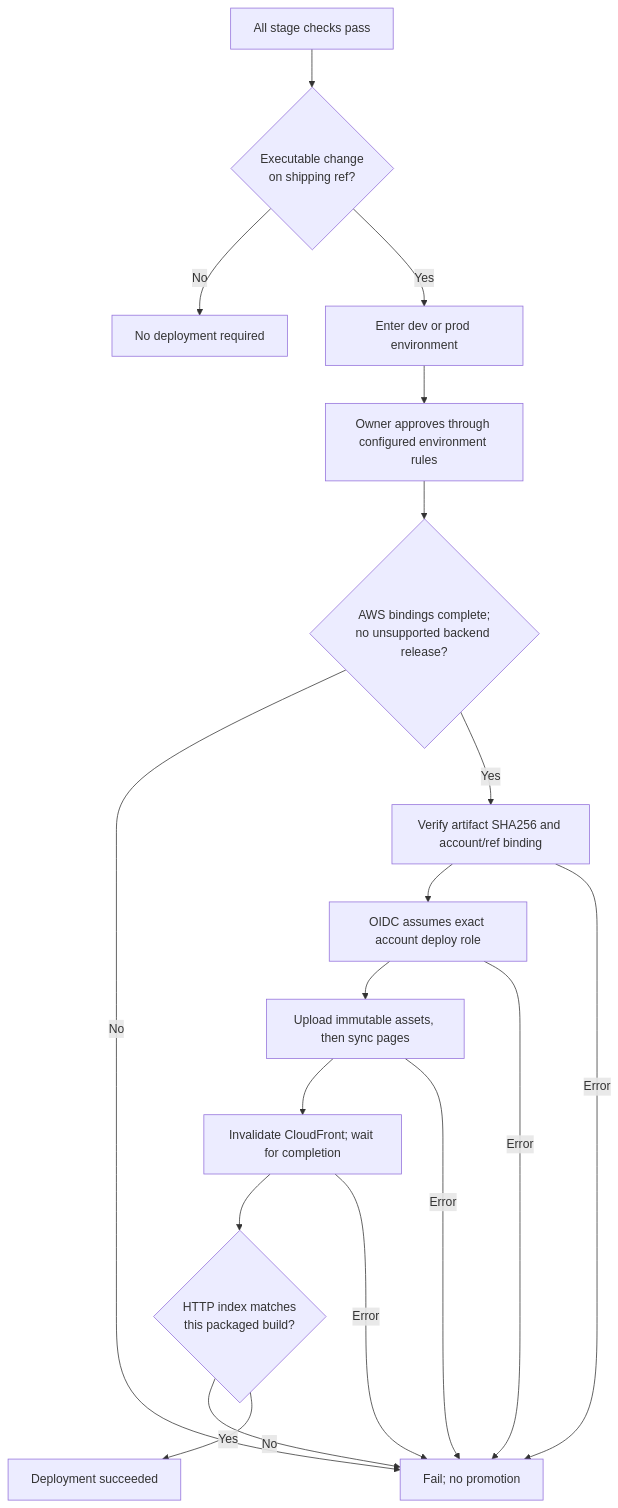
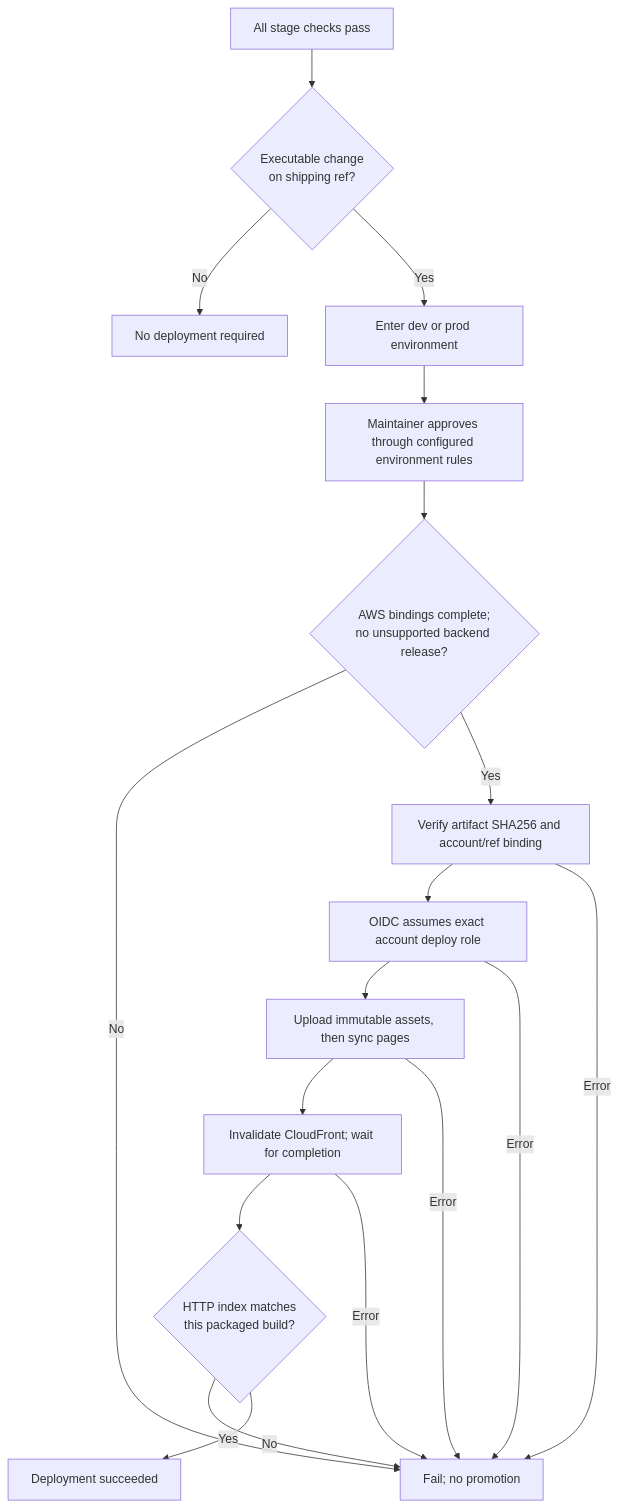
One commit to Yale-Undergraduate-Consulting-Group/club-res-website changed the fifth of 16 diagrams in docs/CI_CD.md. Above: the diagram before and after it, drawn with Mermaid. The commit also changed other lines of this file and 12 other files, not shown here.

Commit message:
Use maintainer role instead of a named owner for review

````diff
--- a/docs/CI_CD.md
+++ b/docs/CI_CD.md
@@ -188,20 +193,20 @@
 ```mermaid
 flowchart TD
   G["All stage checks pass"] --> C{"Executable change<br/>on shipping ref?"}
   C -->|No| N["No deployment required"]
   C -->|Yes| E["Enter dev or prod environment"]
-  E --> A["Owner approves through configured environment rules"]
+  E --> A["Maintainer approves through configured environment rules"]
   A --> B{"AWS bindings complete;<br/>no unsupported backend release?"}
   B -->|No| X["Fail; no promotion"]
   B -->|Yes| H["Verify artifact SHA256 and account/ref binding"]
   H --> O["OIDC assumes exact account deploy role"]
   O --> S["Upload immutable assets, then sync pages"]
   S --> I["Invalidate CloudFront; wait for completion"]
   I --> L{"HTTP index matches<br/>this packaged build?"}
   L -->|No| X
   L -->|Yes| D["Deployment succeeded"]
   H -->|Error| X
   O -->|Error| X
   S -->|Error| X
   I -->|Error| X
 ```
````
